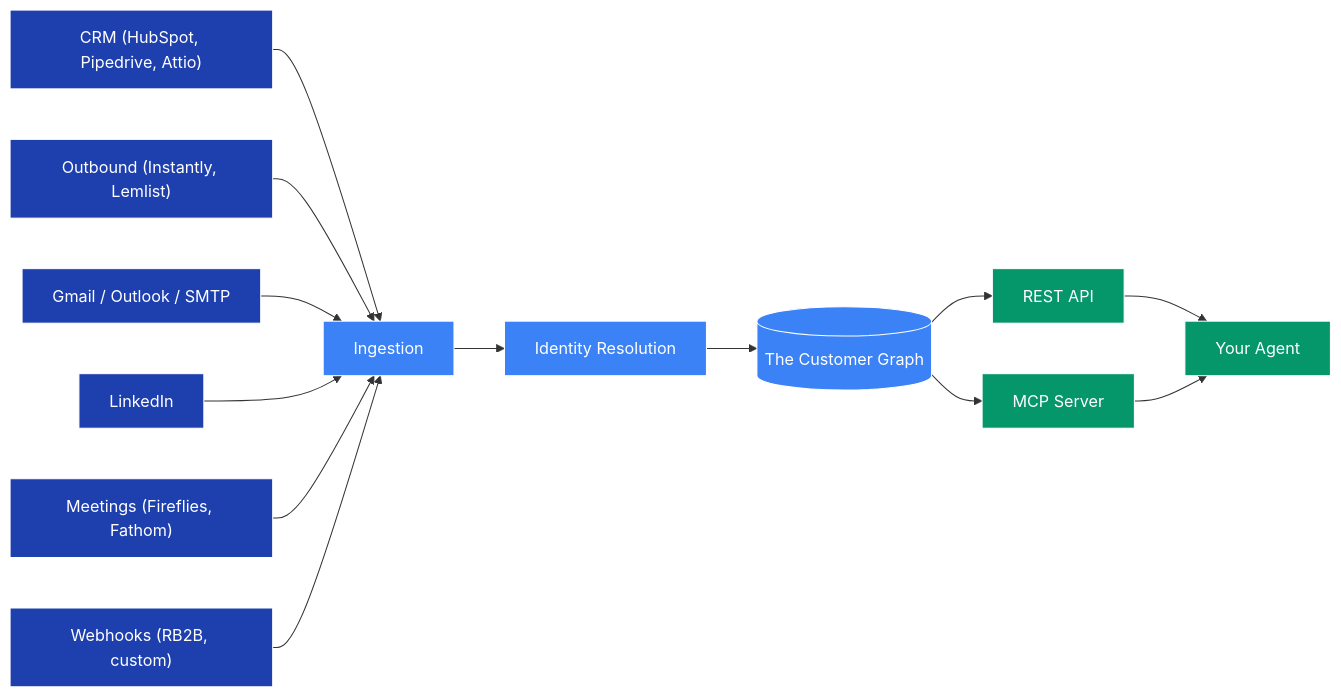
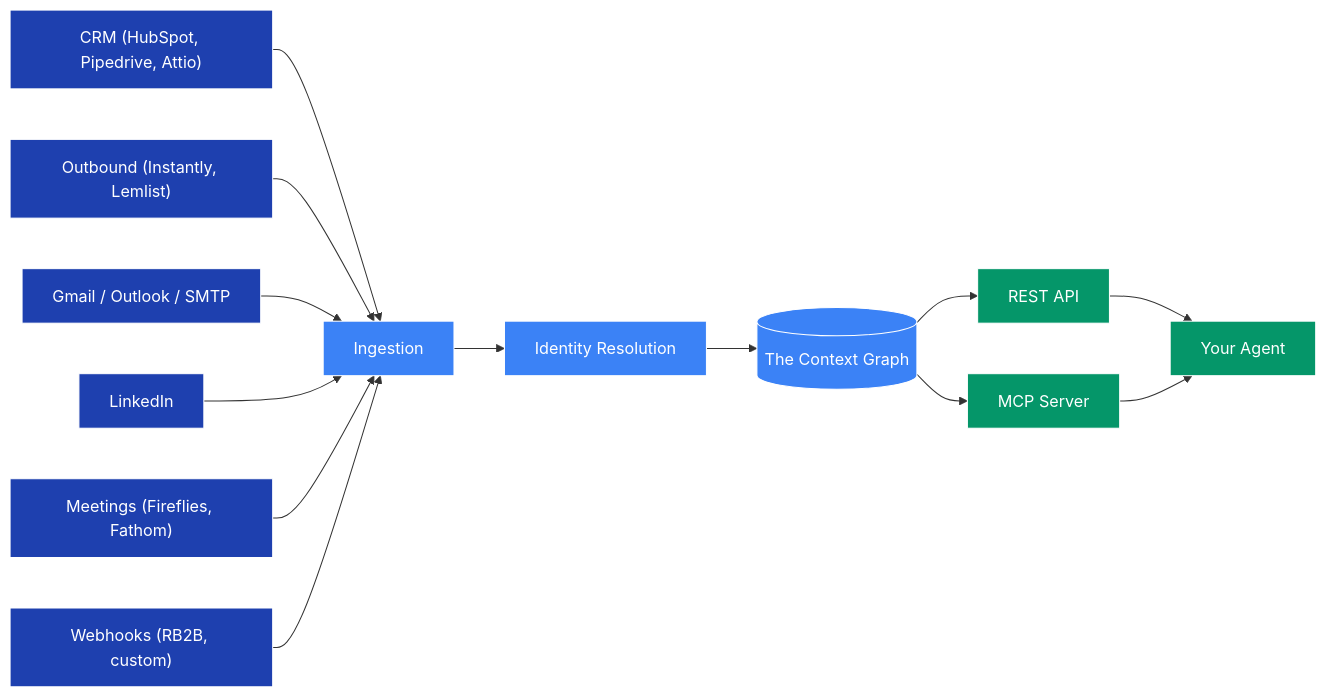
Before and after one commit to NousC/docs: the diagram in getting-started/how-it-works.mdx, drawn with Mermaid. The commit also changed other lines of this file and 12 other files, not shown here.

First line of the commit message:
Positioning: customer graph to context graph for agentic GTM

````diff
--- a/getting-started/how-it-works.mdx
+++ b/getting-started/how-it-works.mdx
@@ -10,36 +10,36 @@
 ```mermaid theme={null}
 flowchart LR
     classDef source fill:#1E40AF,color:white,stroke:#fff
     classDef core fill:#3B82F6,color:white,stroke:#fff
     classDef output fill:#059669,color:white,stroke:#fff
 
     crm["CRM (HubSpot, Pipedrive, Attio)"]:::source
     out["Outbound (Instantly, Lemlist)"]:::source
     mail["Gmail / Outlook / SMTP"]:::source
     li["LinkedIn"]:::source
     meet["Meetings (Fireflies, Fathom)"]:::source
     web["Webhooks (RB2B, custom)"]:::source
 
     ingest["Ingestion"]:::core
     resolve["Identity Resolution"]:::core
-    cg[("The Customer Graph")]:::core
+    cg[("The Context Graph")]:::core
 
     api["REST API"]:::output
     mcp["MCP Server"]:::output
     agent["Your Agent"]:::output
 
     crm --> ingest
     out --> ingest
     mail --> ingest
     li --> ingest
     meet --> ingest
     web --> ingest
 
     ingest --> resolve
     resolve --> cg
 
     cg --> api
     cg --> mcp
     api --> agent
     mcp --> agent
 ```
````
